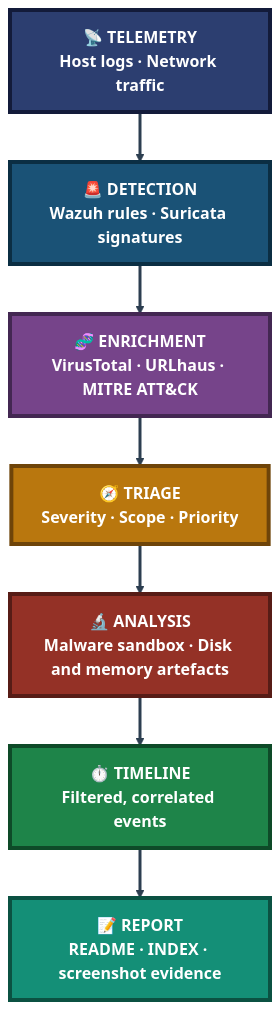
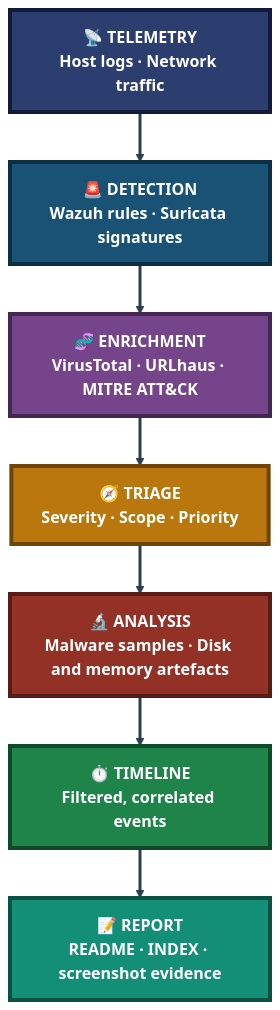
One commit to malaika-azhar/Cybersecurity-Lab-Projects changed the second of 2 diagrams in README.md. Above: the diagram before and after it, drawn with Mermaid. The commit also changed other lines of this file, not shown here.

````diff
--- a/README.md
+++ b/README.md
@@ -274,22 +280,22 @@
 ```mermaid
 flowchart TB
     Tel["📡 TELEMETRY<br/>Host logs · Network traffic"]:::telClass
     Det["🚨 DETECTION<br/>Wazuh rules · Suricata signatures"]:::detClass
     Enr["🧬 ENRICHMENT<br/>VirusTotal · URLhaus · MITRE ATT&CK"]:::enrClass
     Tri["🧭 TRIAGE<br/>Severity · Scope · Priority"]:::triClass
-    Ana["🔬 ANALYSIS<br/>Malware sandbox · Disk and memory artefacts"]:::anaClass
+    Ana["🔬 ANALYSIS<br/>Malware samples · Disk and memory artefacts"]:::anaClass
     Tim["⏱️ TIMELINE<br/>Filtered, correlated events"]:::timClass
     Rep["📝 REPORT<br/>README · INDEX · screenshot evidence"]:::repClass
 
     Tel --> Det --> Enr --> Tri --> Ana --> Tim --> Rep
 
     classDef telClass fill:#2C3E70,stroke:#131B3A,stroke-width:4px,color:#FFFFFF,font-weight:bold
     classDef detClass fill:#1A5276,stroke:#0B2E43,stroke-width:4px,color:#FFFFFF,font-weight:bold
     classDef enrClass fill:#76448A,stroke:#432752,stroke-width:4px,color:#FFFFFF,font-weight:bold
     classDef triClass fill:#B9770E,stroke:#6E4409,stroke-width:4px,color:#FFFFFF,font-weight:bold
     classDef anaClass fill:#943126,stroke:#571C16,stroke-width:4px,color:#FFFFFF,font-weight:bold
     classDef timClass fill:#1E8449,stroke:#0E4A28,stroke-width:4px,color:#FFFFFF,font-weight:bold
     classDef repClass fill:#148F77,stroke:#0B5142,stroke-width:4px,color:#FFFFFF,font-weight:bold
 
     linkStyle default stroke:#2C3E50,stroke-width:3px
 ```
````
